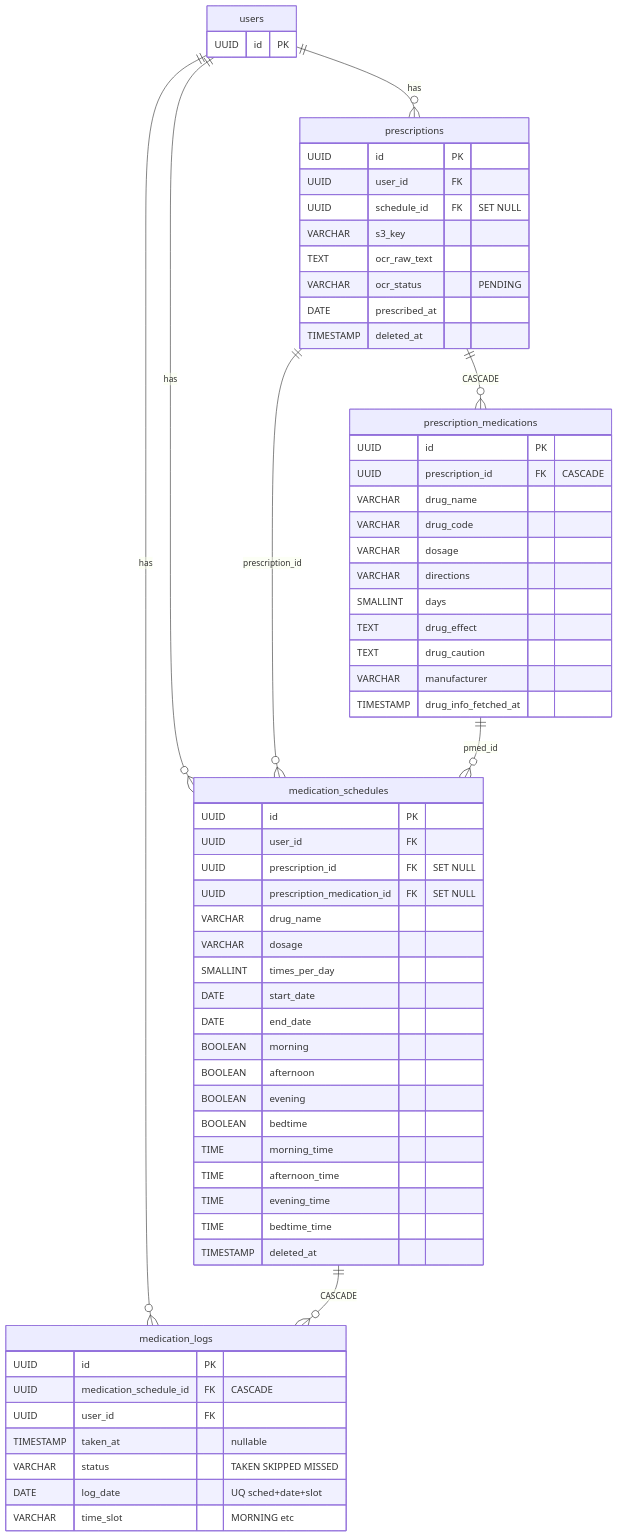
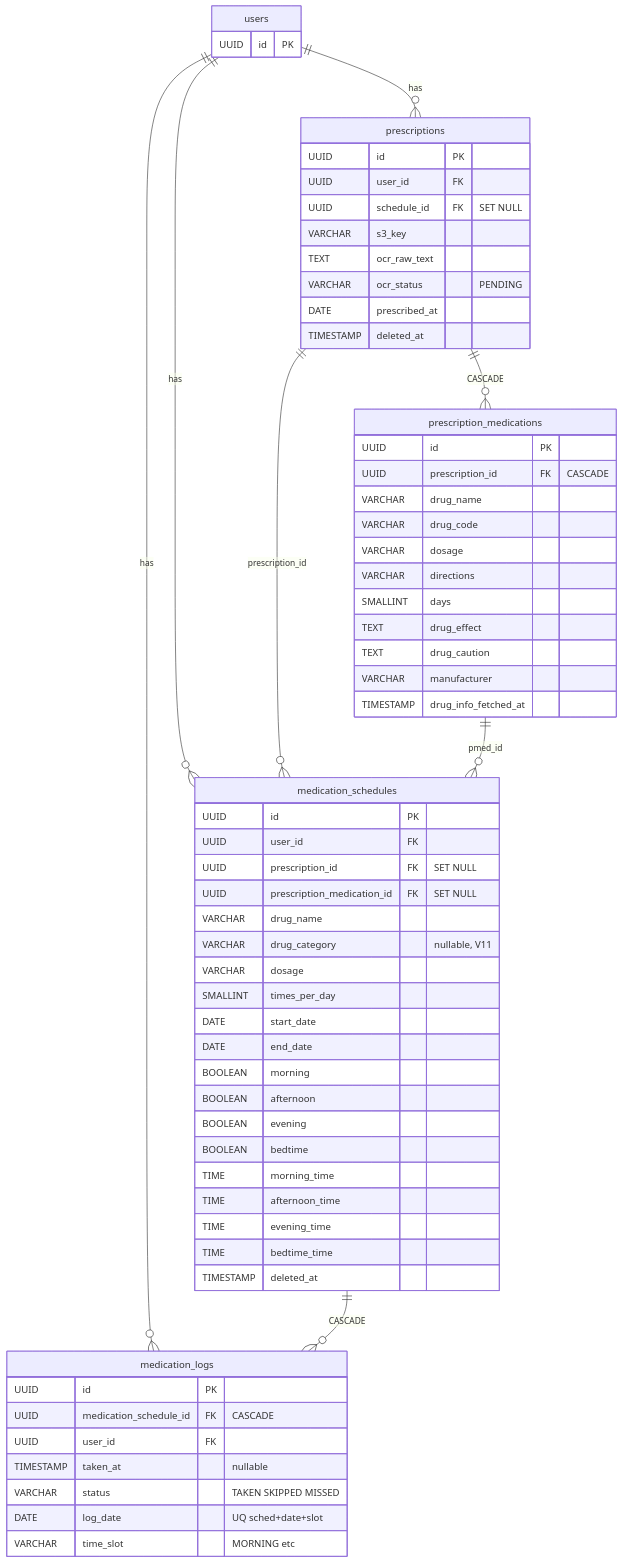
Before and after one commit to ChaeYami/dear-m-i: the second of 3 diagrams in docs/ERD.md, drawn with Mermaid. The commit also changed other lines of this file and 4 other files, not shown here.

First line of the commit message:
docs: CLAUDE.md, README.md, ERD, OpenAPI 문서 업데이트

````diff
--- a/docs/ERD.md
+++ b/docs/ERD.md
@@ -73,70 +73,71 @@
 ```mermaid
 erDiagram
     users {
         UUID id PK
     }
 
     prescriptions {
         UUID id PK
         UUID user_id FK
         UUID schedule_id FK "SET NULL"
         VARCHAR s3_key
         TEXT ocr_raw_text
         VARCHAR ocr_status "PENDING"
         DATE prescribed_at
         TIMESTAMP deleted_at
     }
 
     prescription_medications {
         UUID id PK
         UUID prescription_id FK "CASCADE"
         VARCHAR drug_name
         VARCHAR drug_code
         VARCHAR dosage
         VARCHAR directions
         SMALLINT days
         TEXT drug_effect
         TEXT drug_caution
         VARCHAR manufacturer
         TIMESTAMP drug_info_fetched_at
     }
 
     medication_schedules {
         UUID id PK
         UUID user_id FK
         UUID prescription_id FK "SET NULL"
         UUID prescription_medication_id FK "SET NULL"
         VARCHAR drug_name
+        VARCHAR drug_category "nullable, V11"
         VARCHAR dosage
         SMALLINT times_per_day
         DATE start_date
         DATE end_date
         BOOLEAN morning
         BOOLEAN afternoon
         BOOLEAN evening
         BOOLEAN bedtime
         TIME morning_time
         TIME afternoon_time
         TIME evening_time
         TIME bedtime_time
         TIMESTAMP deleted_at
     }
 
     medication_logs {
         UUID id PK
         UUID medication_schedule_id FK "CASCADE"
         UUID user_id FK
         TIMESTAMP taken_at "nullable"
         VARCHAR status "TAKEN SKIPPED MISSED"
         DATE log_date "UQ sched+date+slot"
         VARCHAR time_slot "MORNING etc"
     }
 
     users ||--o{ prescriptions : "has"
     users ||--o{ medication_schedules : "has"
     users ||--o{ medication_logs : "has"
     prescriptions ||--o{ prescription_medications : "CASCADE"
     prescriptions ||--o{ medication_schedules : "prescription_id"
     prescription_medications ||--o{ medication_schedules : "pmed_id"
     medication_schedules ||--o{ medication_logs : "CASCADE"
 ```
````
